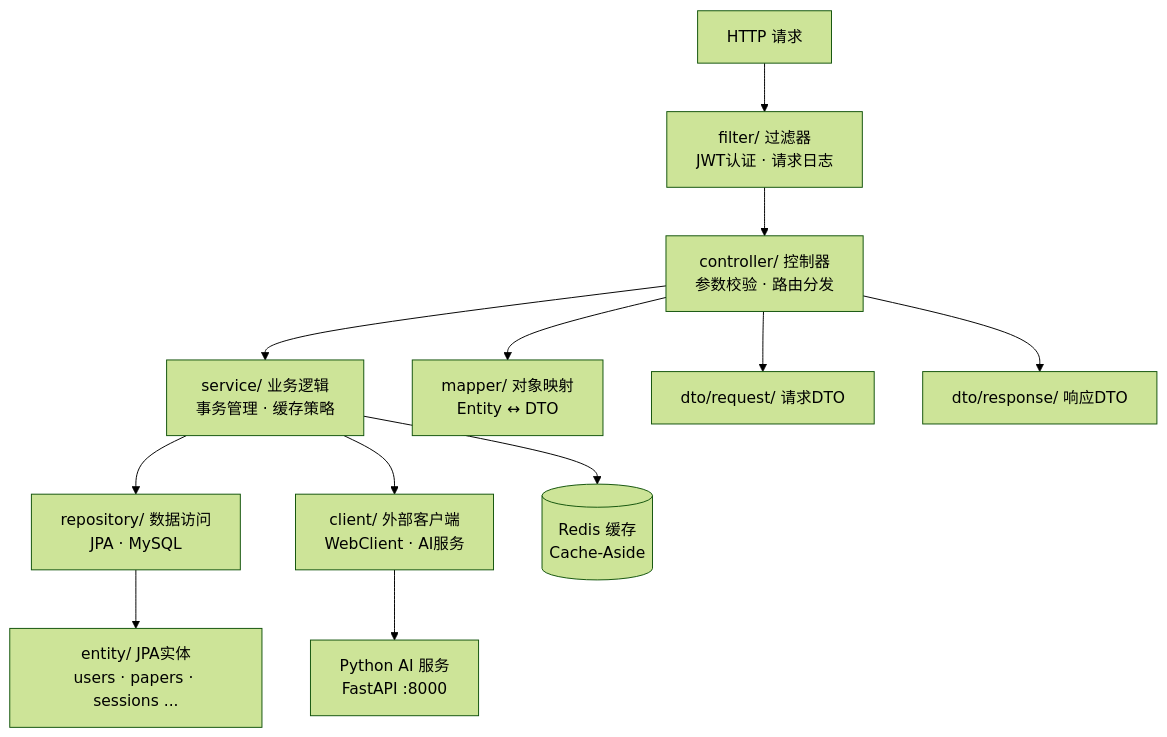
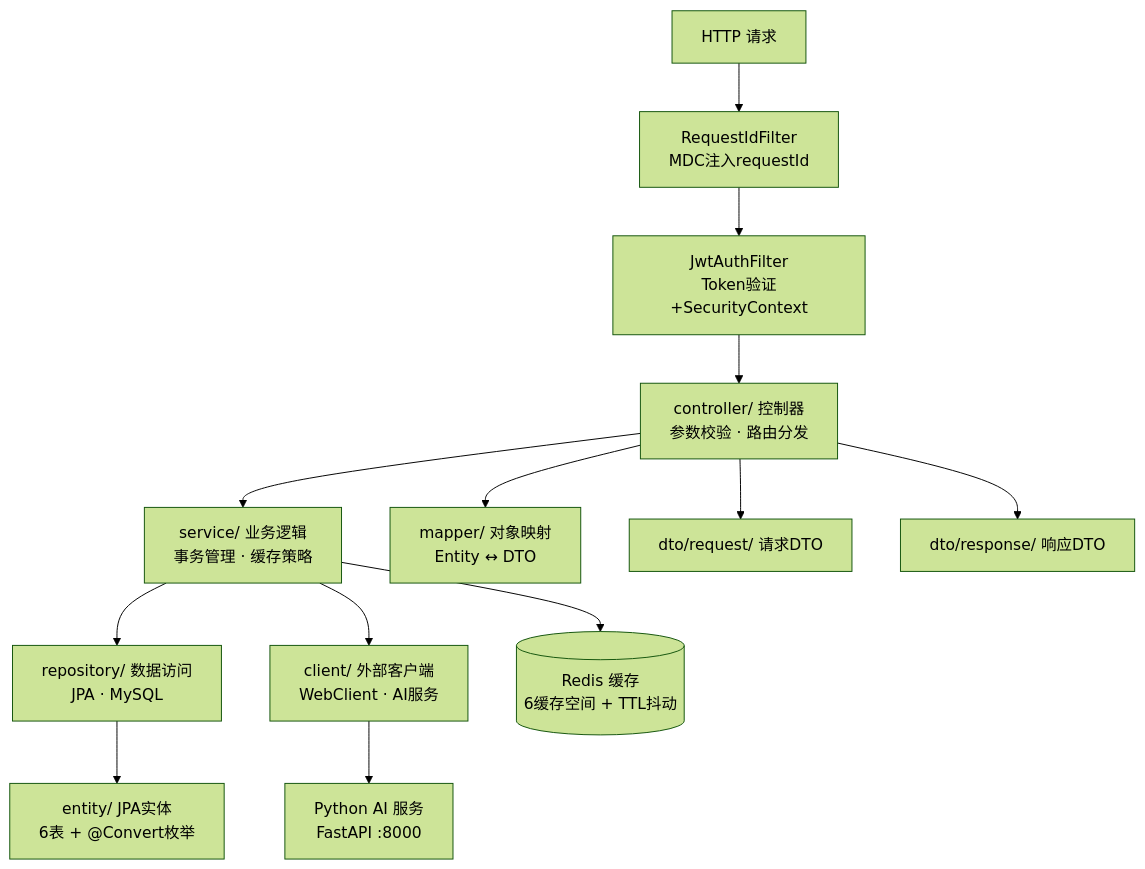
Before and after one commit to Fsu7/Veritas-: the fourth of 5 diagrams in Veritas/backend/README.md, drawn with Mermaid (forest theme). The commit also changed other lines of this file and 13 other files, not shown here.

````diff
--- a/Veritas/backend/README.md
+++ b/Veritas/backend/README.md
@@ -462,14 +486,15 @@
 ```mermaid
 graph TD
-    REQ[HTTP 请求] --> FILTER[filter/ 过滤器<br/>JWT认证 · 请求日志]
-    FILTER --> CTRL[controller/ 控制器<br/>参数校验 · 路由分发]
+    REQ[HTTP 请求] --> RID[RequestIdFilter<br/>MDC注入requestId]
+    RID --> JWT[JwtAuthFilter<br/>Token验证+SecurityContext]
+    JWT --> CTRL[controller/ 控制器<br/>参数校验 · 路由分发]
     CTRL --> SVC[service/ 业务逻辑<br/>事务管理 · 缓存策略]
     SVC --> REPO[repository/ 数据访问<br/>JPA · MySQL]
     SVC --> CLI[client/ 外部客户端<br/>WebClient · AI服务]
     CTRL --> MAPPER[mapper/ 对象映射<br/>Entity ↔ DTO]
-    REPO --> ENTITY[entity/ JPA实体<br/>users · papers · sessions ...]
+    REPO --> ENTITY[entity/ JPA实体<br/>6表 + @Convert枚举]
     CTRL --> DTO_REQ[dto/request/ 请求DTO]
     CTRL --> DTO_RES[dto/response/ 响应DTO]
-    SVC --> CACHE[(Redis 缓存<br/>Cache-Aside)]
+    SVC --> CACHE[(Redis 缓存<br/>6缓存空间 + TTL抖动)]
     CLI --> AI[Python AI 服务<br/>FastAPI :8000]
 ```
````
